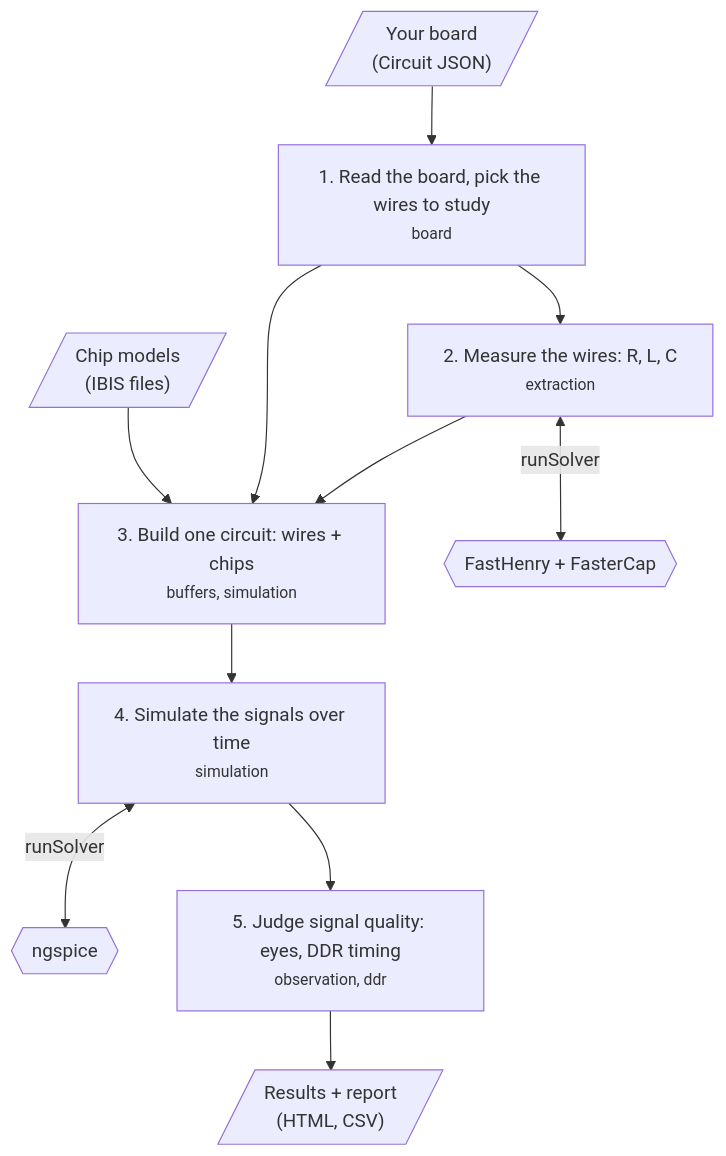
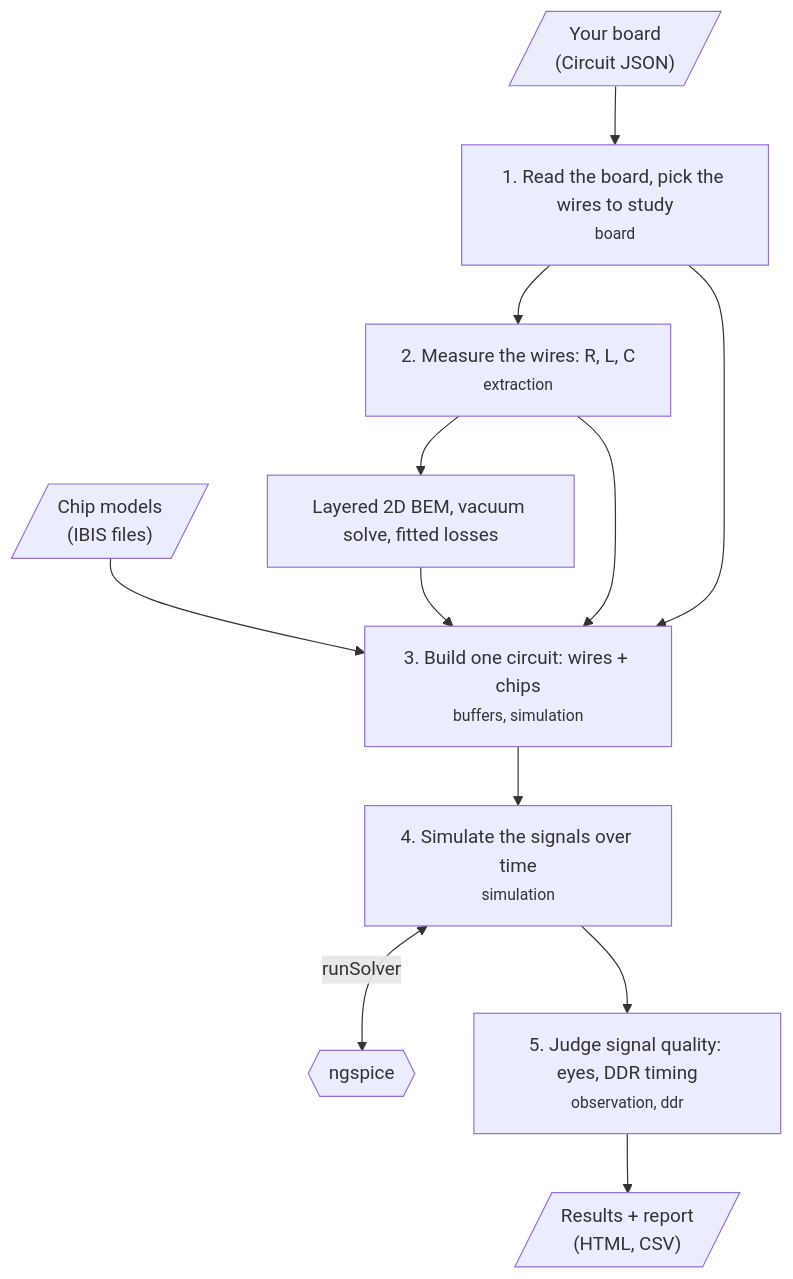
One commit to tscircuit/pcb-spice-pipeline changed the first of 2 diagrams in README.md. Above: the diagram before and after it, drawn with Mermaid. The commit also changed other lines of this file and 95 other files, not shown here.

First line of the commit message:
feat: run single-ended SI through layered 2D extraction and native ngspice

````diff
--- a/README.md
+++ b/README.md
@@ -54,13 +54,14 @@
 ```mermaid
 flowchart TD
   board[/"Your board<br/>(Circuit JSON)"/] --> s1["1. Read the board, pick the wires to study<br/><small>board</small>"]
   chips[/"Chip models<br/>(IBIS files)"/] --> s3
   s1 --> s2["2. Measure the wires: R, L, C<br/><small>extraction</small>"]
-  s2 <-->|"runSolver"| fs{{"FastHenry + FasterCap"}}
+  s2 --> bem["Layered 2D BEM, vacuum solve, fitted losses"]
+  bem --> s3
   s1 --> s3["3. Build one circuit: wires + chips<br/><small>buffers, simulation</small>"]
   s2 --> s3
   s3 --> s4["4. Simulate the signals over time<br/><small>simulation</small>"]
   s4 <-->|"runSolver"| ng{{"ngspice"}}
   s4 --> s5["5. Judge signal quality: eyes, DDR timing<br/><small>observation, ddr</small>"]
   s5 --> out[/"Results + report<br/>(HTML, CSV)"/]
 ```
````
